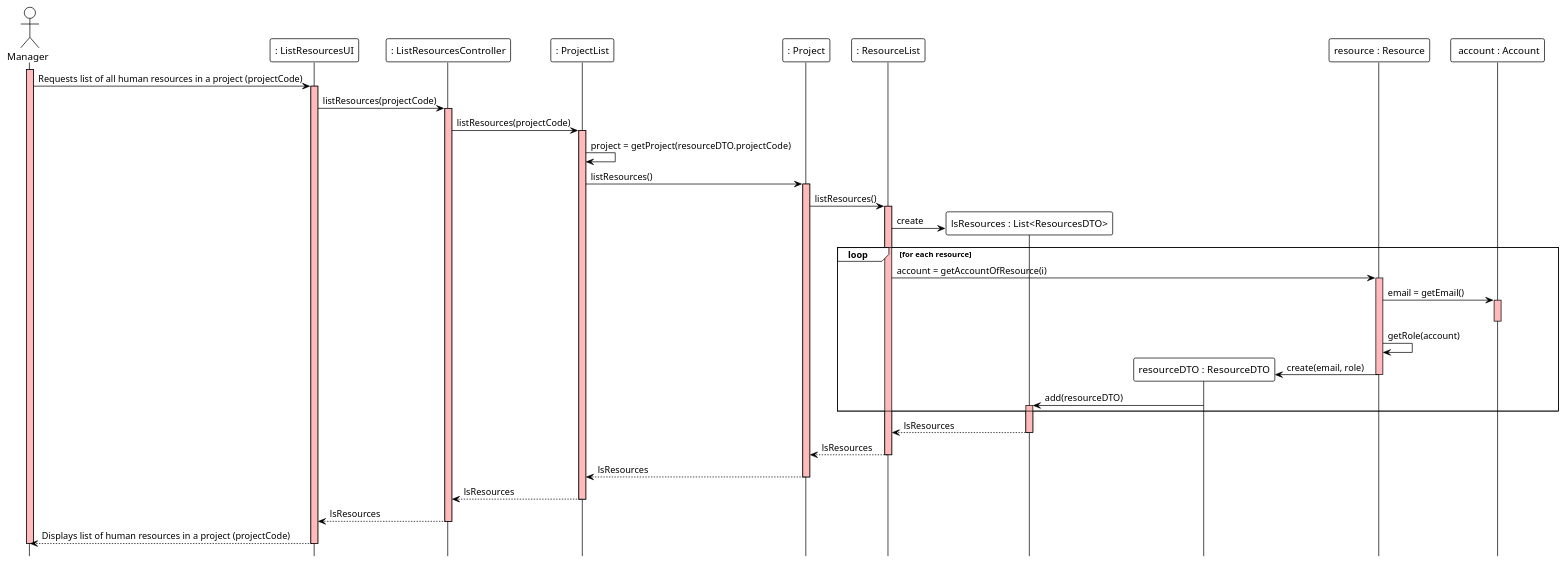
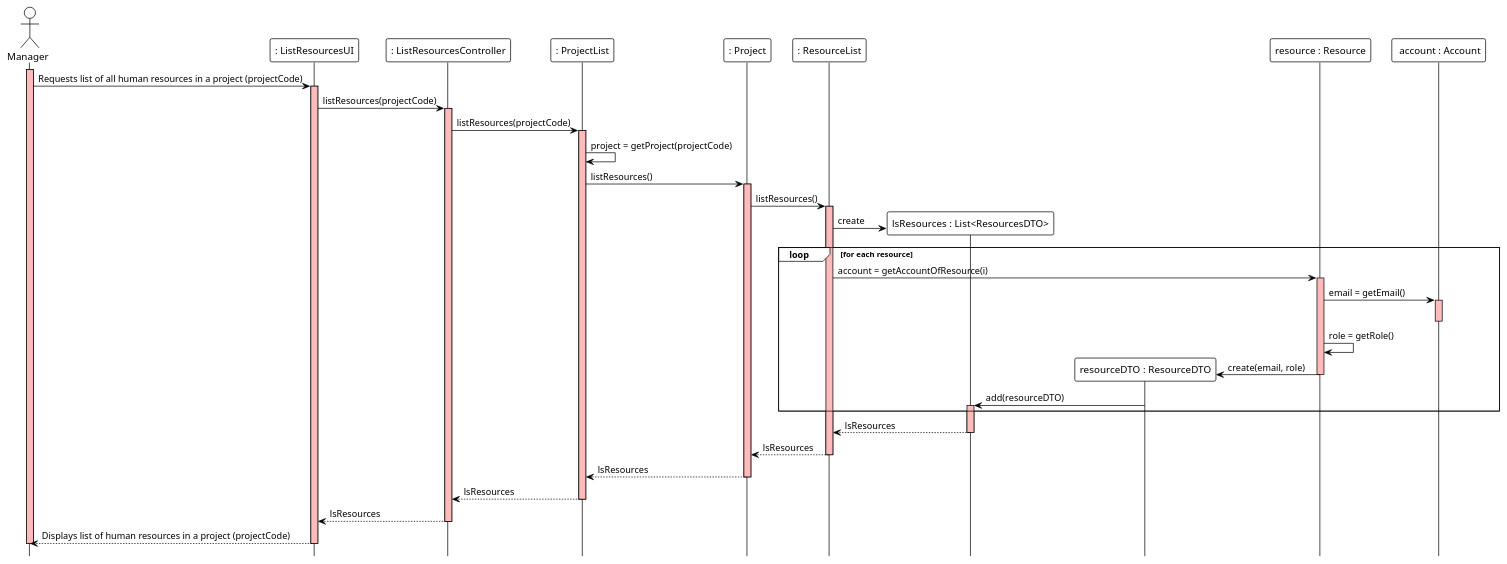
Before and after one commit to ivo-menezes/project_g3: the diagram in docs/modelling_design/user_stories/us014/US014_ListHumanResouresOfProjectSD.puml, drawn with PlantUML.

Commit message:
US0014: Design: updated SD

```diff
--- a/docs/modelling_design/user_stories/us014/US014_ListHumanResouresOfProjectSD.puml
+++ b/docs/modelling_design/user_stories/us014/US014_ListHumanResouresOfProjectSD.puml
@@ -1,62 +1,62 @@
 @startuml
 !theme plain
 hide footbox
 
 actor Manager as Manager
 participant ": ListResourcesUI" as UI
 participant ": ListResourcesController" as Controller
 participant ": ProjectList" as ProjectList
 participant ": Project" as project
 participant ": ResourceList" as ResourceList
 participant "lsResources : List<ResourcesDTO>" as DTOList
 participant "resourceDTO : ResourceDTO" as DTO
 participant "resource : Resource" as Resource
 participant " account : Account" as account
 
 activate Manager #FFBBBB
 Manager ->  UI: Requests list of all human resources in a project (projectCode)
 
 activate UI #FFBBBB
 UI -> Controller: listResources(projectCode)
 
 activate Controller #FFBBBB
 Controller -> ProjectList: listResources(projectCode)
 
 activate ProjectList #FFBBBB
-ProjectList -> ProjectList : project = getProject(resourceDTO.projectCode)
+ProjectList -> ProjectList : project = getProject(projectCode)
 ProjectList -> project : listResources()
 activate project #FFBBBB
 project -> ResourceList : listResources()
 activate ResourceList #FFBBBB
 ResourceList -> DTOList ** : create
 
 loop for each resource
 ResourceList -> Resource : account = getAccountOfResource(i)
 activate Resource #FFBBBB
 Resource -> account : email = getEmail()
 activate account #FFBBBB
 deactivate account
-Resource -> Resource : getRole(account)
+Resource -> Resource : role = getRole()
 Resource -> DTO ** : create(email, role)
 deactivate Resource
 
 DTO -> DTOList : add(resourceDTO)
 activate DTOList #FFBBBB
 
 end
 
 DTOList --> ResourceList: lsResources
 deactivate DTOList
 ResourceList --> project : lsResources
 deactivate ResourceList
 project --> ProjectList : lsResources
 deactivate project
 ProjectList --> Controller : lsResources
 deactivate ProjectList
 Controller --> UI : lsResources
 deactivate Controller
 
 UI --> Manager: Displays list of human resources in a project (projectCode)
 deactivate UI
 deactivate Manager #FFBBBB
 @enduml
```
